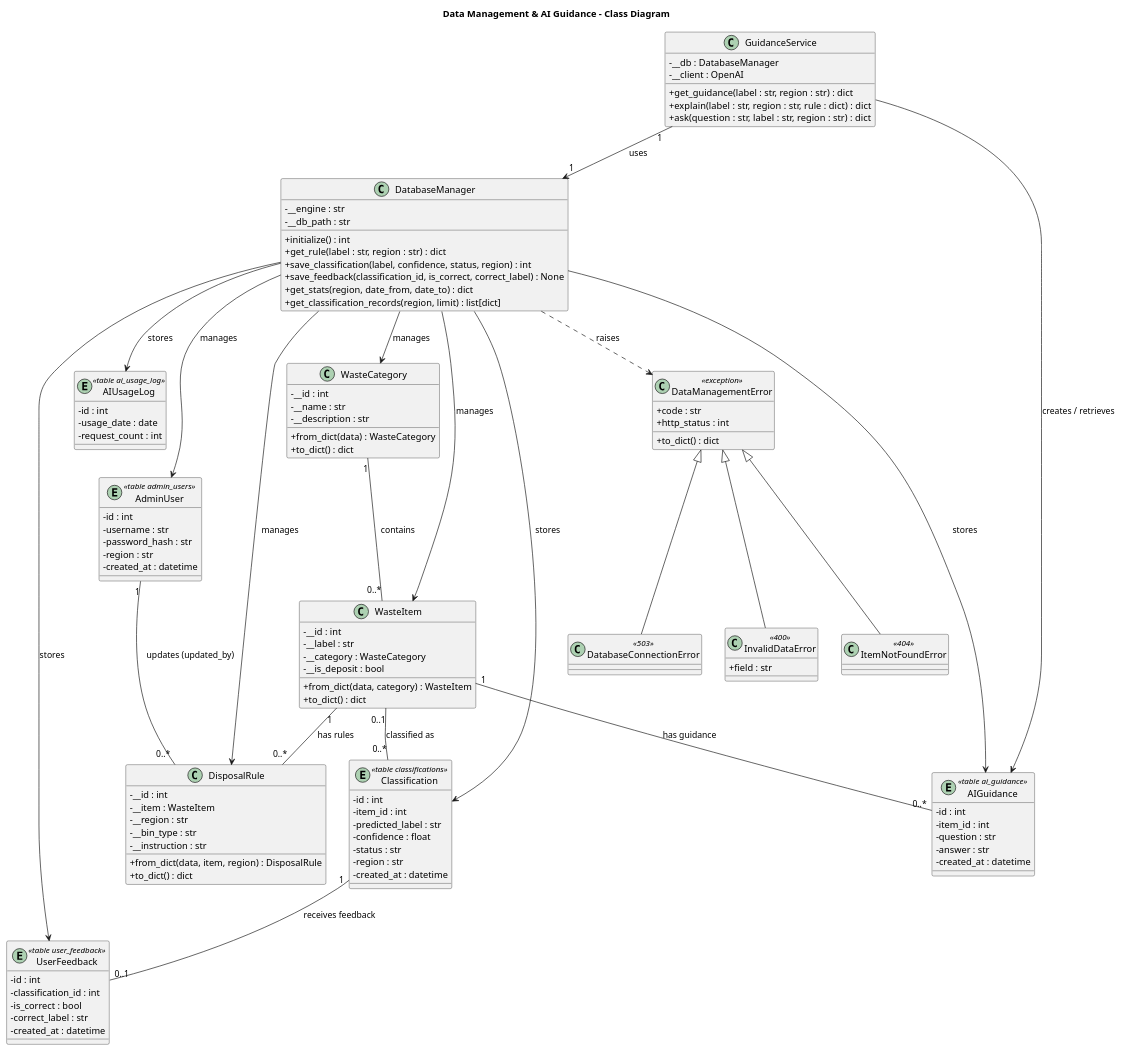
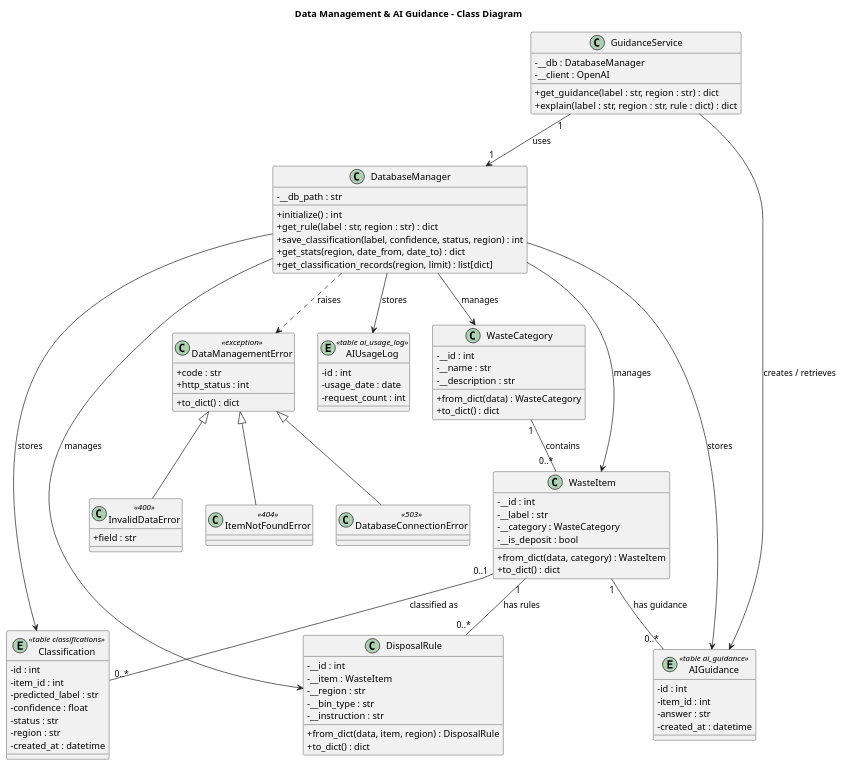
The diagram in docs/class_diagram_data.puml (ChinniSaiteja/AI-Powered_Waste_Sorting_and_Recycling_Assistant_Team_26), drawn with PlantUML before and after one commit. The commit also changed 14 other files, not shown here.

```diff
--- a/docs/class_diagram_data.puml
+++ b/docs/class_diagram_data.puml
@@ -1,132 +1,109 @@
 @startuml
 ' Subsystem 4 - Data Management & AI Guidance (Ha Le Thu)
 ' Matches the code in database/ (db.py, guidance.py, models.py, exceptions.py).
 ' (C) = Python class, (E) = database table that has no Python class.
 ' "-" = private (__name in Python), "+" = public
 ' Simplified on purpose: only the methods other subsystems actually call.
+' No admin accounts, feedback or AI chat - nobody on the team uses them yet.
 ' The full method list (seed, require_rule, get_all_items, AI cache,
 ' private helpers, ...) is in database/db.py and database/guidance.py.
 title Data Management & AI Guidance - Class Diagram
 
 skinparam classAttributeIconSize 0
 
 class DatabaseManager {
-  -__engine : str
   -__db_path : str
   +initialize() : int
   +get_rule(label : str, region : str) : dict
   +save_classification(label, confidence, status, region) : int
-  +save_feedback(classification_id, is_correct, correct_label) : None
   +get_stats(region, date_from, date_to) : dict
   +get_classification_records(region, limit) : list[dict]
 }
 
 class GuidanceService {
   -__db : DatabaseManager
   -__client : OpenAI
   +get_guidance(label : str, region : str) : dict
   +explain(label : str, region : str, rule : dict) : dict
-  +ask(question : str, label : str, region : str) : dict
 }
 
 class WasteCategory {
   -__id : int
   -__name : str
   -__description : str
   +from_dict(data) : WasteCategory
   +to_dict() : dict
 }
 
 class WasteItem {
   -__id : int
   -__label : str
   -__category : WasteCategory
   -__is_deposit : bool
   +from_dict(data, category) : WasteItem
   +to_dict() : dict
 }
 
 class DisposalRule {
   -__id : int
   -__item : WasteItem
   -__region : str
   -__bin_type : str
   -__instruction : str
   +from_dict(data, item, region) : DisposalRule
   +to_dict() : dict
 }
 
 entity "AIUsageLog" as AIUsageLog <<table ai_usage_log>> {
   -id : int
   -usage_date : date
   -request_count : int
 }
 
-entity "AdminUser" as AdminUser <<table admin_users>> {
-  -id : int
-  -username : str
-  -password_hash : str
-  -region : str
-  -created_at : datetime
-}
-
 entity "Classification" as Classification <<table classifications>> {
   -id : int
   -item_id : int
   -predicted_label : str
   -confidence : float
   -status : str
   -region : str
   -created_at : datetime
 }
 
-entity "UserFeedback" as UserFeedback <<table user_feedback>> {
-  -id : int
-  -classification_id : int
-  -is_correct : bool
-  -correct_label : str
-  -created_at : datetime
-}
-
 entity "AIGuidance" as AIGuidance <<table ai_guidance>> {
   -id : int
   -item_id : int
-  -question : str
   -answer : str
   -created_at : datetime
 }
 
 class DataManagementError <<exception>> {
   +code : str
   +http_status : int
   +to_dict() : dict
 }
 class InvalidDataError <<400>> {
   +field : str
 }
 class ItemNotFoundError <<404>>
 class DatabaseConnectionError <<503>>
 
 DatabaseManager --> AIUsageLog : stores
-DatabaseManager --> AdminUser : manages
 DatabaseManager --> DisposalRule : manages
 DatabaseManager --> WasteCategory : manages
 DatabaseManager --> WasteItem : manages
 DatabaseManager --> Classification : stores
-DatabaseManager --> UserFeedback : stores
 DatabaseManager --> AIGuidance : stores
 GuidanceService "1" --> "1" DatabaseManager : uses
 GuidanceService --> AIGuidance : creates / retrieves
 
 WasteCategory "1" -- "0..*" WasteItem : contains
 WasteItem "1" -- "0..*" DisposalRule : has rules
-AdminUser "1" -- "0..*" DisposalRule : updates (updated_by)
 WasteItem "0..1" -- "0..*" Classification : classified as
-Classification "1" -- "0..1" UserFeedback : receives feedback
 WasteItem "1" -- "0..*" AIGuidance : has guidance
 
 DatabaseManager ..> DataManagementError : raises
 DataManagementError <|-- InvalidDataError
 DataManagementError <|-- ItemNotFoundError
 DataManagementError <|-- DatabaseConnectionError
 @enduml
```
